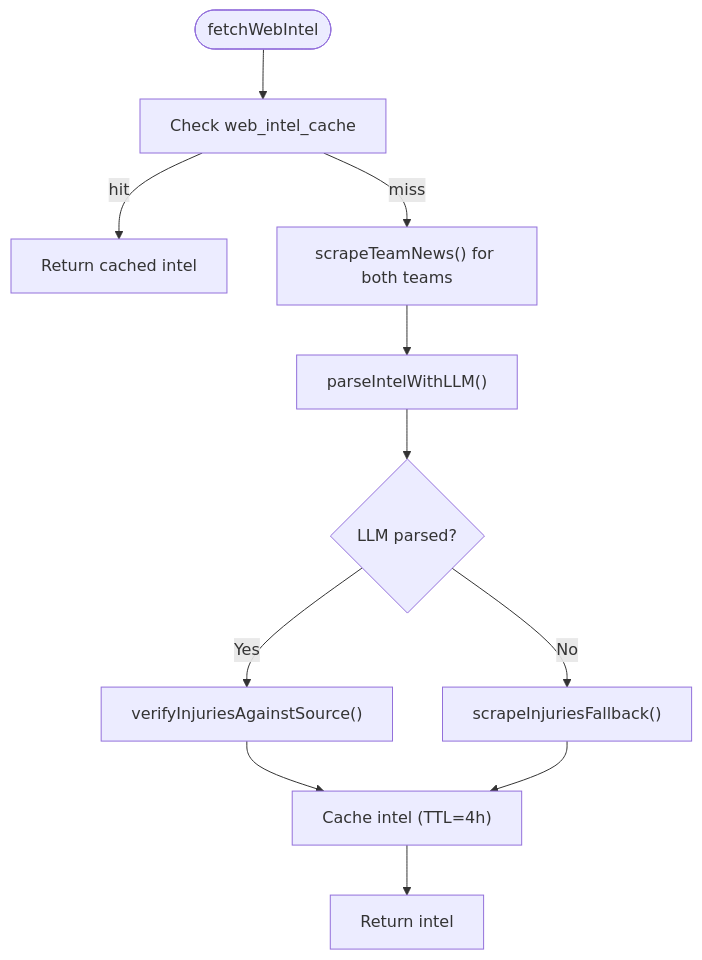
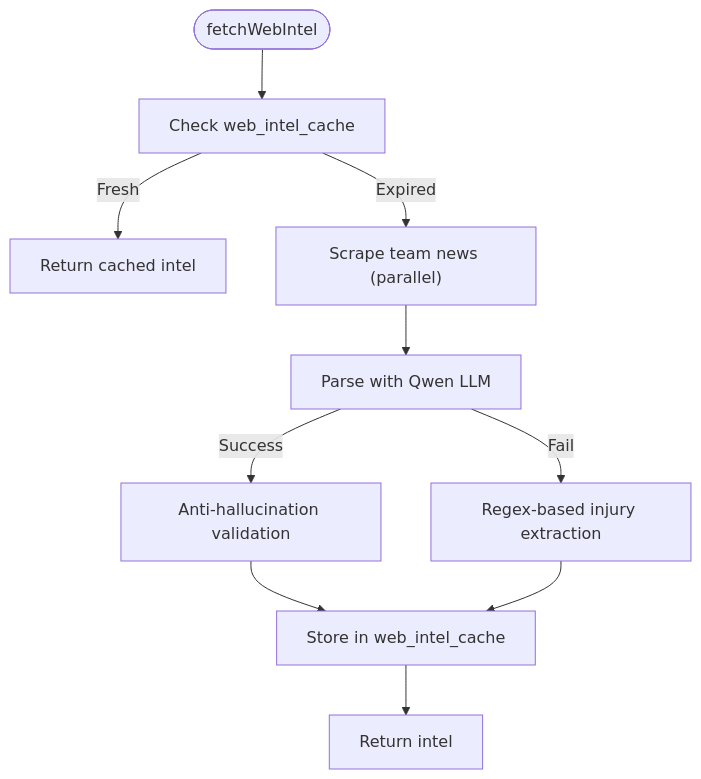
Before and after one commit to cheesiong/WC26-qwen: the third of 8 diagrams in .qoder/repowiki/en/content/Data Services/Data Services.md, drawn with Mermaid. The commit also changed other lines of this file and 181 other files, not shown here.

````diff
--- a/.qoder/repowiki/en/content/Data Services/Data Services.md
+++ b/.qoder/repowiki/en/content/Data Services/Data Services.md
@@ -211,13 +187,12 @@
 ```mermaid
 flowchart TD
-Start(["fetchWebIntel"]) --> CacheCheck["Check web_intel_cache"]
-CacheCheck --> |hit| ReturnCached["Return cached intel"]
-CacheCheck --> |miss| Scrape["scrapeTeamNews() for both teams"]
-Scrape --> LLM["parseIntelWithLLM()"]
-LLM --> ParseOK{"LLM parsed?"}
-ParseOK --> |Yes| Verify["verifyInjuriesAgainstSource()"]
-Verify --> CacheWrite["Cache intel (TTL=4h)"]
-ParseOK --> |No| RegexFallback["scrapeInjuriesFallback()"]
-RegexFallback --> CacheWrite
-CacheWrite --> ReturnResult["Return intel"]
+Start(["fetchWebIntel"]) --> CheckCache["Check web_intel_cache"]
+CheckCache --> |Fresh| ReturnCache["Return cached intel"]
+CheckCache --> |Expired| Scrape["Scrape team news (parallel)"]
+Scrape --> LLM["Parse with Qwen LLM"]
+LLM --> |Success| Validate["Anti-hallucination validation"]
+LLM --> |Fail| RegexFallback["Regex-based injury extraction"]
+Validate --> CacheStore["Store in web_intel_cache"]
+RegexFallback --> CacheStore
+CacheStore --> ReturnResult["Return intel"]
 ```
````
